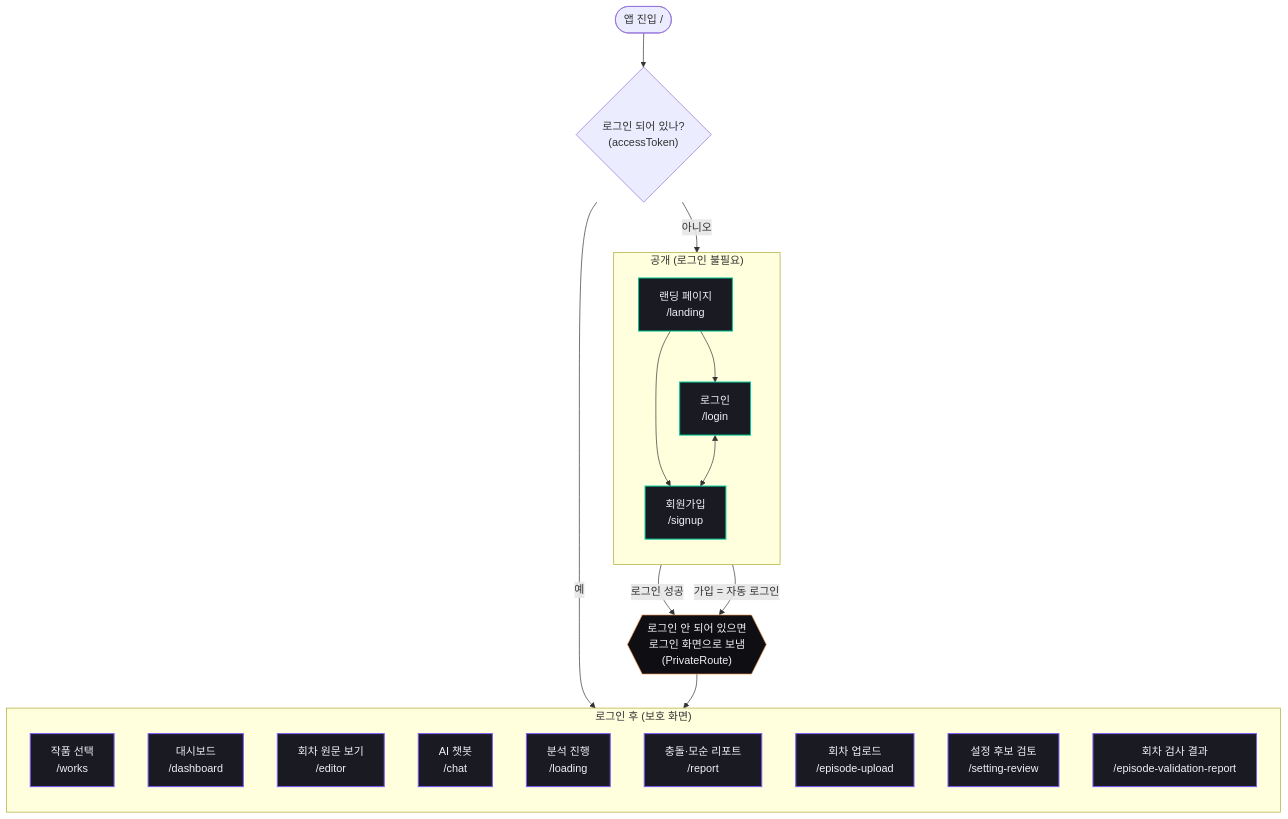
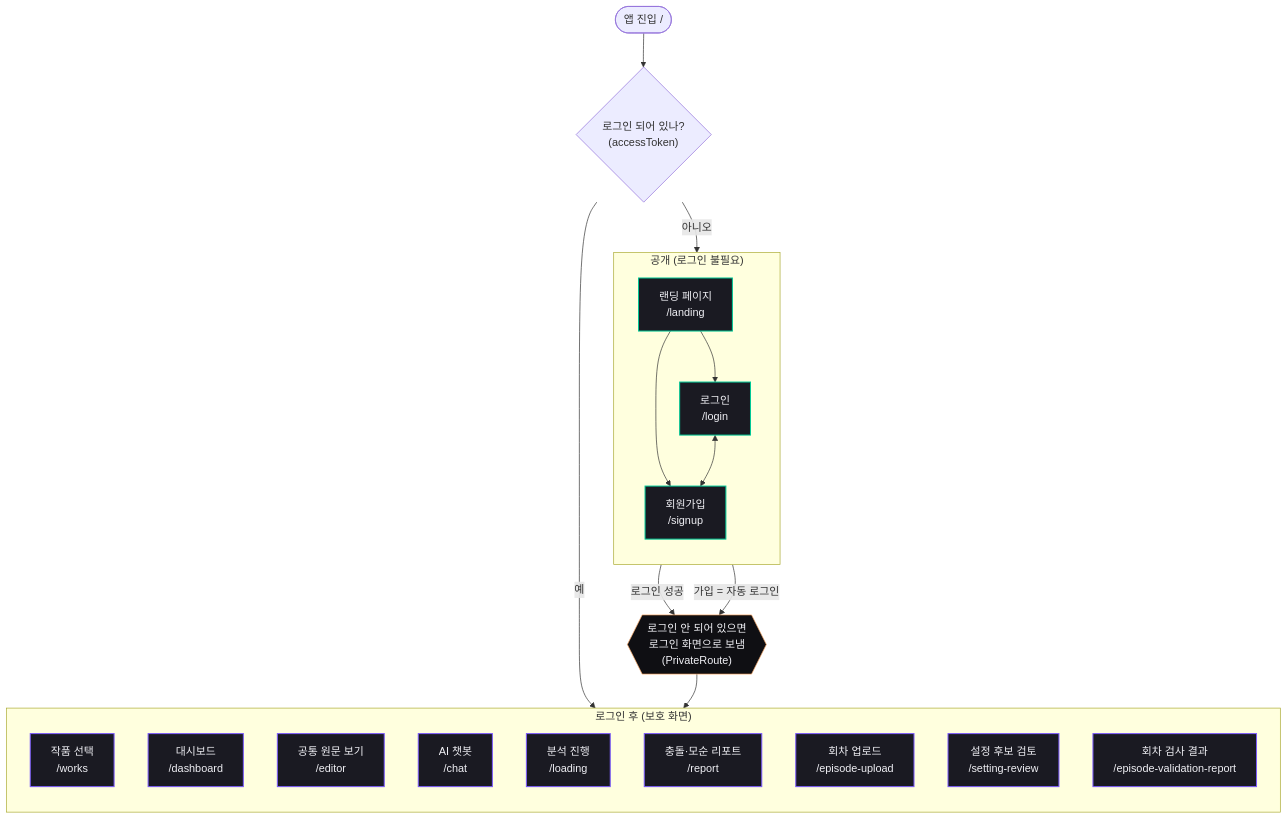
One commit to catchhole-soma/catchhole-front changed the second of 7 diagrams in docs/screen-flow.md. Above: the diagram before and after it, drawn with Mermaid. The commit also changed other lines of this file and 2 other files, not shown here.

````diff
--- a/docs/screen-flow.md
+++ b/docs/screen-flow.md
@@ -70,44 +70,44 @@
 ```mermaid
 flowchart TD
   entry(["앱 진입 /"]) --> root{"로그인 되어 있나?<br/>(accessToken)"}
   root -- "아니오" --> landing
   root -- "예" --> works
 
   subgraph PUBLIC["공개 (로그인 불필요)"]
     direction TB
     landing["랜딩 페이지<br/>/landing"]
     login["로그인<br/>/login"]
     signup["회원가입<br/>/signup"]
   end
 
   landing --> login
   landing --> signup
   login <--> signup
 
   login -- "로그인 성공" --> gate
   signup -- "가입 = 자동 로그인" --> gate
 
   gate{{"로그인 안 되어 있으면<br/>로그인 화면으로 보냄<br/>(PrivateRoute)"}}:::decision
 
   subgraph PRIVATE["로그인 후 (보호 화면)"]
     direction TB
     works["작품 선택<br/>/works"]
     dashboard["대시보드<br/>/dashboard"]
-    editor["회차 원문 보기<br/>/editor"]
+    editor["공통 원문 보기<br/>/editor"]
     chat["AI 챗봇<br/>/chat"]
     loading["분석 진행<br/>/loading"]
     report["충돌·모순 리포트<br/>/report"]
     upload["회차 업로드<br/>/episode-upload"]
     review["설정 후보 검토<br/>/setting-review"]
     valreport["회차 검사 결과<br/>/episode-validation-report"]
   end
 
   gate --> works
 
   classDef public fill:#1A1A22,stroke:#00C896,stroke-width:1.5px,color:#F0F0F5;
   classDef private fill:#1A1A22,stroke:#7C5CFC,stroke-width:1.5px,color:#F0F0F5;
   classDef decision fill:#0F0F13,stroke:#F4A261,color:#F0F0F5;
 
   class landing,login,signup public;
   class works,dashboard,editor,chat,loading,report,upload,review,valreport private;
 ```
````
